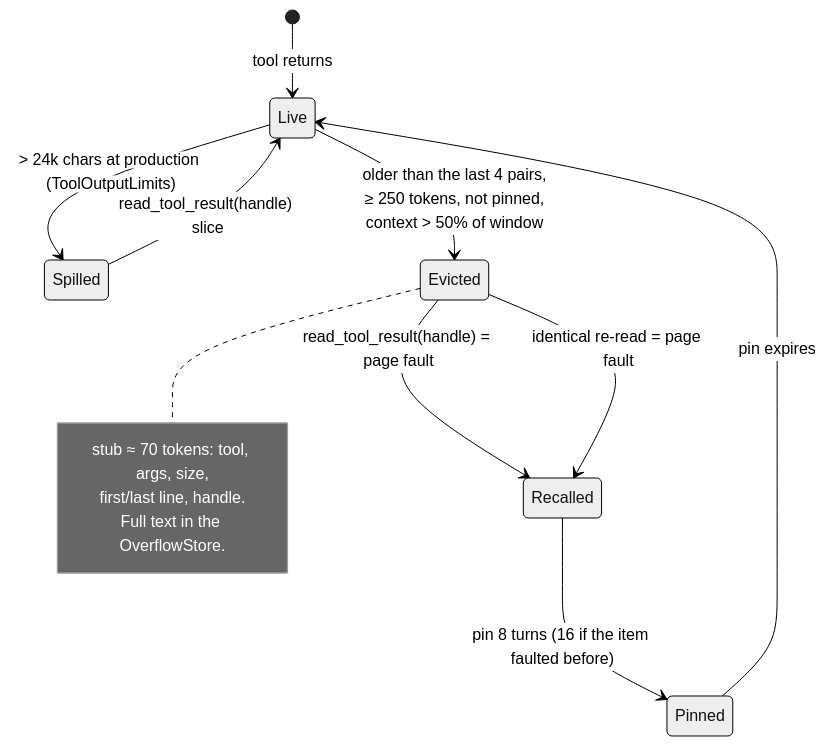
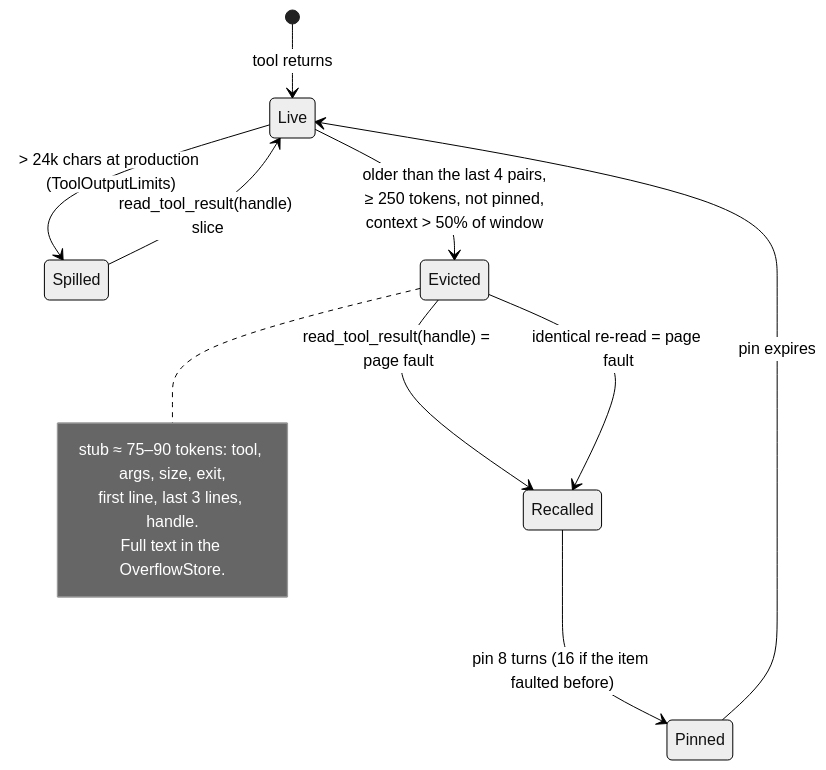
One commit to awaisqaziair-eng/World-Best--Agentic-Architecture changed the third of 3 diagrams in docs/18-v2-architecture.md. Above: the diagram before and after it, drawn with Mermaid (neutral theme). The commit also changed other lines of this file and 4 other files, not shown here.

````diff
--- a/docs/18-v2-architecture.md
+++ b/docs/18-v2-architecture.md
@@ -75,16 +75,16 @@
 ```mermaid
 stateDiagram-v2
     [*] --> Live: tool returns
     Live --> Spilled: > 24k chars at production (ToolOutputLimits)
     Live --> Evicted: older than the last 4 pairs,<br/>≥ 250 tokens, not pinned,<br/>context > 50% of window
     Spilled --> Live: read_tool_result(handle) slice
     Evicted --> Recalled: read_tool_result(handle) = page fault
     Evicted --> Recalled: identical re-read = page fault
     Recalled --> Pinned: pin 8 turns (16 if the item faulted before)
     Pinned --> Live: pin expires
     note right of Evicted
-        stub ≈ 70 tokens: tool, args, size,
-        first/last line, handle.
+        stub ≈ 75–90 tokens: tool, args, size, exit,
+        first line, last 3 lines, handle.
         Full text in the OverflowStore.
     end note
 ```
````
